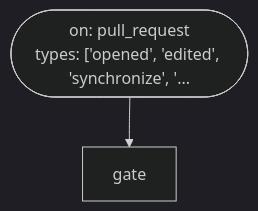
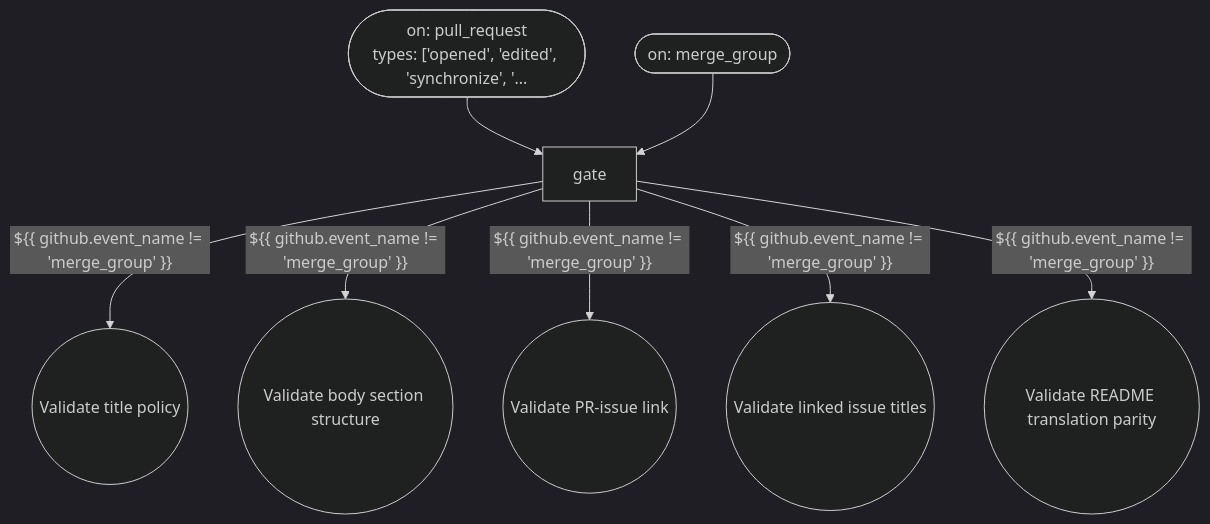
Before and after one commit to tvna/claude-md: the diagram in docs/generated/workflows/portable-pr-policy-if-branches.md, drawn with Mermaid (dark theme).

Commit message:
docs(generated): regenerate portable-pr-policy diagram for merge_group
Reflect the merge_group trigger and the merge_group step guards added to
portable-pr-policy.yml. Keeps the generate-docs drift gate green on this PR.

Refs #895.

````diff
--- a/docs/generated/workflows/portable-pr-policy-if-branches.md
+++ b/docs/generated/workflows/portable-pr-policy-if-branches.md
@@ -5,9 +5,21 @@
 ```mermaid
 flowchart TD
 
     T_pull_request(["on: pull_request\ntypes: ['opened', 'edited', 'synchronize', '..."])
+    T_merge_group(["on: merge_group"])
 
     J_gate["gate"]
+    S_J_gate_0(("Validate title policy"))
+    S_J_gate_1(("Validate body section structure"))
+    S_J_gate_2(("Validate PR-issue link"))
+    S_J_gate_3(("Validate linked issue titles"))
+    S_J_gate_4(("Validate README translation parity"))
 
     T_pull_request --> J_gate
+    T_merge_group --> J_gate
+    J_gate -->|"${{ github.event_name != 'merge_group' }}"| S_J_gate_0
+    J_gate -->|"${{ github.event_name != 'merge_group' }}"| S_J_gate_1
+    J_gate -->|"${{ github.event_name != 'merge_group' }}"| S_J_gate_2
+    J_gate -->|"${{ github.event_name != 'merge_group' }}"| S_J_gate_3
+    J_gate -->|"${{ github.event_name != 'merge_group' }}"| S_J_gate_4
 ```
````
